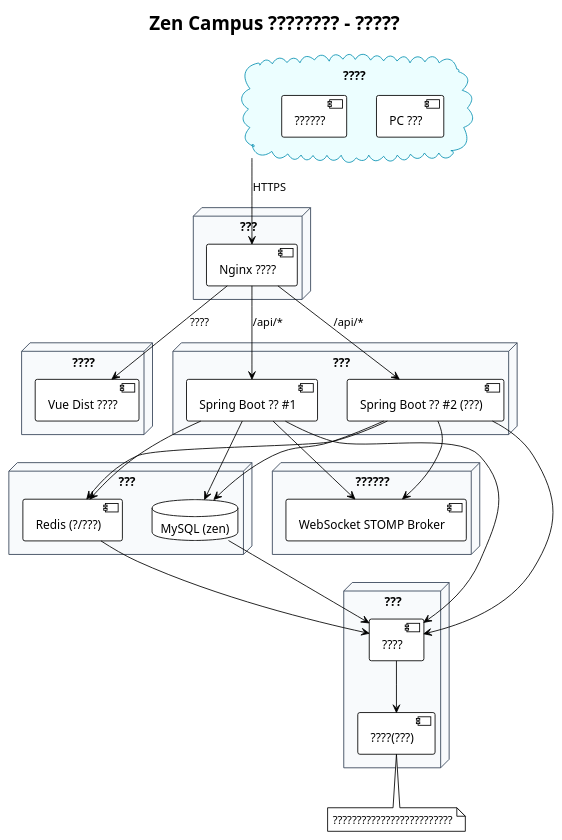
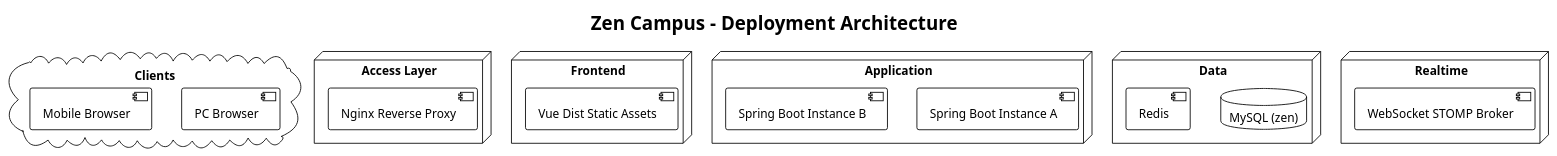
One commit to ooyyh/zen changed the diagram in report/result/charts/09_Deployment_Architecture.puml. Above: the diagram before and after it, drawn with PlantUML. The commit also changed 16 other files, not shown here.

```diff
--- a/report/result/charts/09_Deployment_Architecture.puml
+++ b/report/result/charts/09_Deployment_Architecture.puml
@@ -1,69 +1,34 @@
-@startuml ?????
+@startuml Deployment Architecture
 !theme plain
 skinparam backgroundColor #FFFFFF
-skinparam cloud {
-  BackgroundColor #ECFEFF
-  BorderColor #0891B2
-}
-skinparam node {
-  BackgroundColor #F8FAFC
-  BorderColor #334155
+
+title Zen Campus - Deployment Architecture
+
+cloud "Clients" {
+  [PC Browser]
+  [Mobile Browser]
 }
 
-title Zen Campus ???????? - ?????
-
-cloud "????" as Users {
-  [PC ???] as PC
-  [??????] as Mobile
+node "Access Layer" {
+  [Nginx Reverse Proxy]
 }
 
-node "???" as Access {
-  [Nginx ????] as Nginx
+node "Frontend" {
+  [Vue Dist Static Assets]
 }
 
-node "????" as Frontend {
-  [Vue Dist ????] as VueDist
+node "Application" {
+  [Spring Boot Instance A]
+  [Spring Boot Instance B]
 }
 
-node "???" as Backend {
-  [Spring Boot ?? #1] as App1
-  [Spring Boot ?? #2 (???)] as App2
+node "Data" {
+  database "MySQL (zen)"
+  [Redis]
 }
 
-node "???" as Data {
-  database "MySQL (zen)" as Mysql
-  [Redis (?/???)] as Redis
+node "Realtime" {
+  [WebSocket STOMP Broker]
 }
 
-node "??????" as Realtime {
-  [WebSocket STOMP Broker] as WsBroker
-}
-
-node "???" as Ops {
-  [????] as Logs
-  [????(???)] as Monitor
-}
-
-Users --> Nginx : HTTPS
-Nginx --> VueDist : ????
-Nginx --> App1 : /api/*
-Nginx --> App2 : /api/*
-
-App1 --> Mysql
-App2 --> Mysql
-App1 --> Redis
-App2 --> Redis
-App1 --> WsBroker
-App2 --> WsBroker
-
-App1 --> Logs
-App2 --> Logs
-Mysql --> Logs
-Redis --> Logs
-Logs --> Monitor
-
-note bottom
-  ?????????????????????????
-end note
-
 @enduml
```
